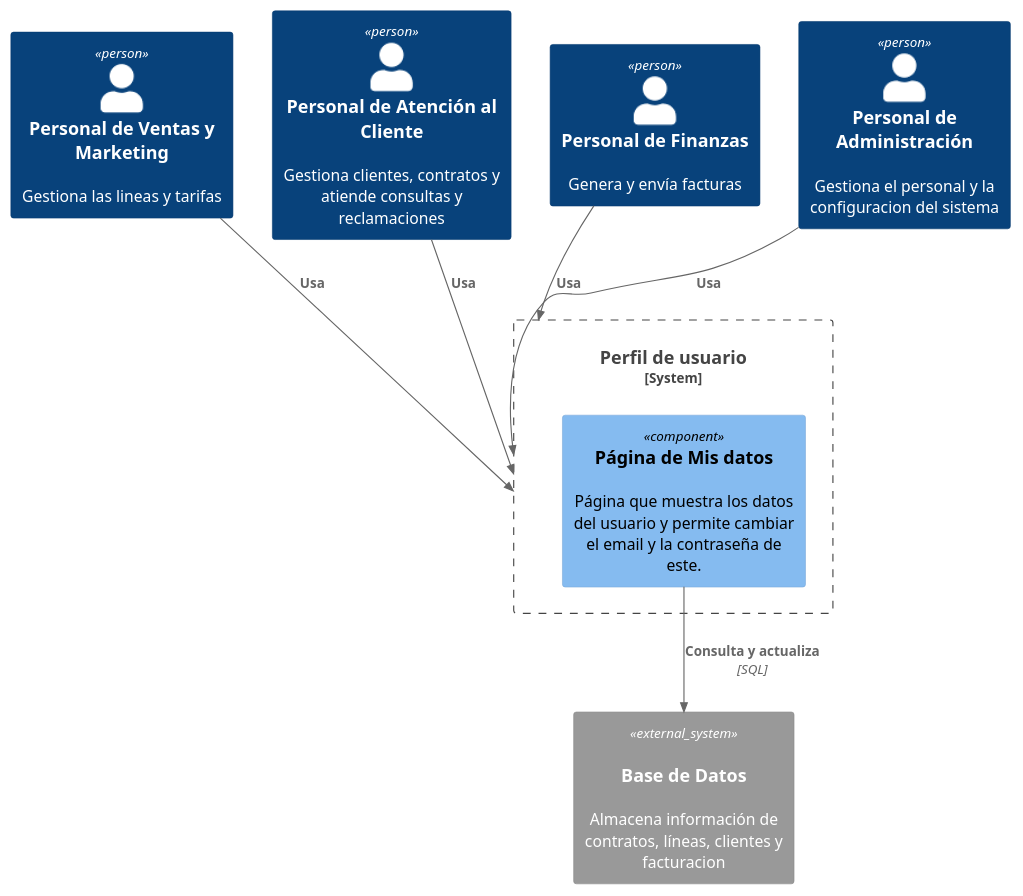
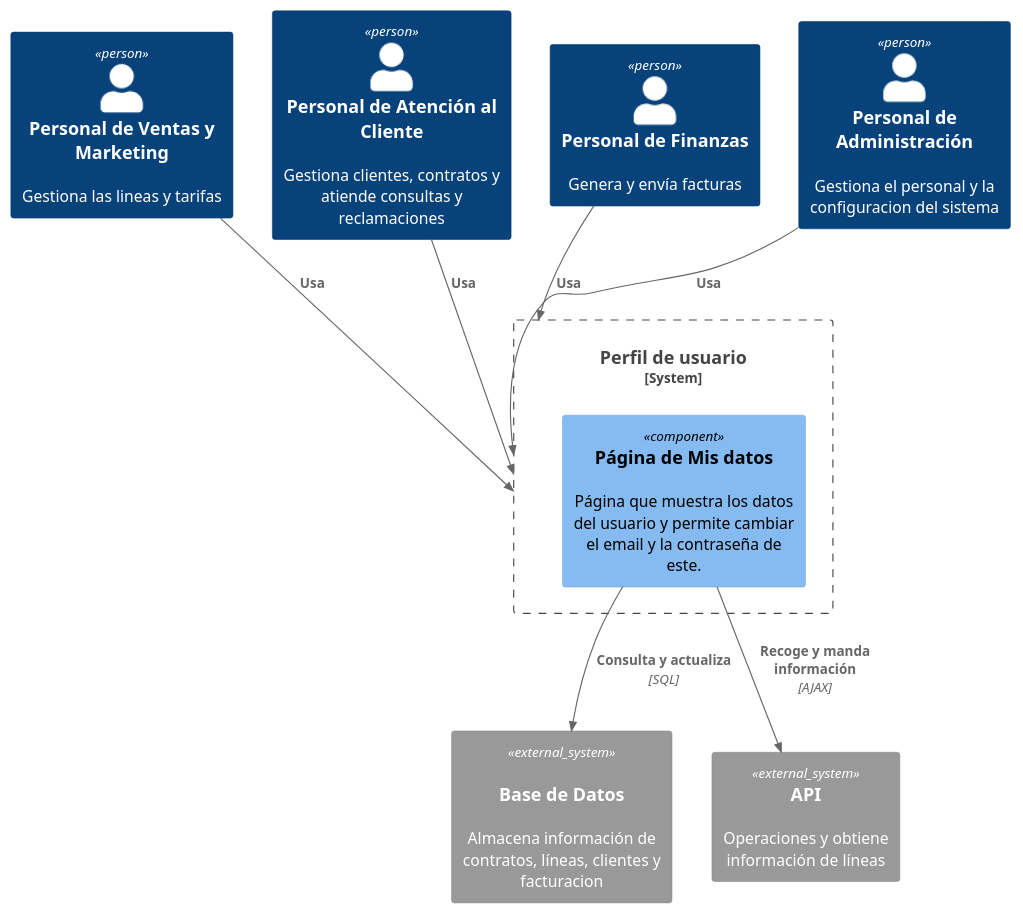
One commit to davidbp10/iw2023-2024-MovilUCA changed the diagram in docs/diagrams/PUsuarioComponentDiagram.puml. Above: the diagram before and after it, drawn with PlantUML. The commit also changed 19 other files, not shown here.

Commit message:
Mejora de los diagramas C4

```diff
--- a/docs/diagrams/PUsuarioComponentDiagram.puml
+++ b/docs/diagrams/PUsuarioComponentDiagram.puml
@@ -1,29 +1,30 @@
 @startuml PUsuarioComponentDiagram
 !include https://raw.githubusercontent.com/plantuml-stdlib/C4-PlantUML/master/C4_Component.puml
 
 
 Person(ventas, "Personal de Ventas y Marketing", "Gestiona las lineas y tarifas")
 Person(atencioncliente, "Personal de Atención al Cliente", "Gestiona clientes, contratos y atiende consultas y reclamaciones")
 Person(f, "Personal de Finanzas", "Genera y envía facturas")
 Person(admin, "Personal de Administración", "Gestiona el personal y la configuracion del sistema")
 
 System_Boundary(pusu, "Perfil de usuario", ,"Gestiona la información del usuario") {
 
         Component( pmd, "Página de Mis datos", , "Página que muestra los datos del usuario y permite cambiar el email y la contraseña de este.")
 }
 
 System_Ext(bd, "Base de Datos","Almacena información de contratos, líneas, clientes y facturacion", "MySQL")
-
+System_Ext(api, "API", "Operaciones y obtiene información de líneas")
 
 
 
 Rel(ventas, pusu, "Usa")
 Rel(atencioncliente, pusu, "Usa") 
 Rel(f, pusu, "Usa")
 Rel(admin, pusu, "Usa")
 
+Rel(pmd,api,"Recoge y manda información","AJAX")
 Rel(pmd, bd, "Consulta y actualiza", "SQL")
 
 
 
 @enduml
```
